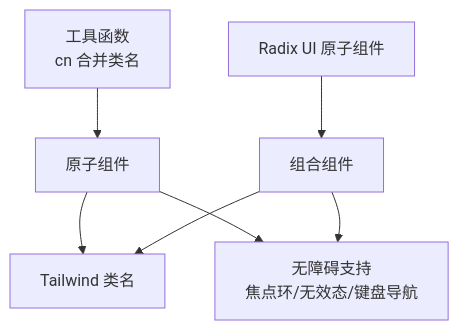
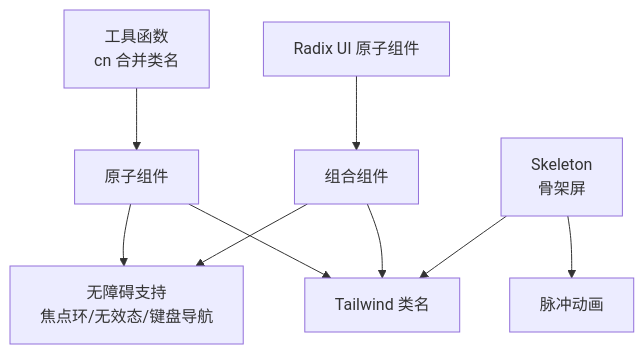
Before and after one commit to RadiumAg/image-saas: the second of 7 diagrams in .qoder/repowiki/zh/content/前端组件架构/UI 组件库/UI 组件库.md, drawn with Mermaid. The commit also changed other lines of this file and 60 other files, not shown here.

````diff
--- a/.qoder/repowiki/zh/content/前端组件架构/UI 组件库/UI 组件库.md
+++ b/.qoder/repowiki/zh/content/前端组件架构/UI 组件库/UI 组件库.md
@@ -277,9 +280,11 @@
 ```mermaid
 graph TB
 Utils["工具函数<br/>cn 合并类名"] --> Atoms["原子组件"]
 Radix["Radix UI 原子组件"] --> Composed["组合组件"]
 Atoms --> Styles["Tailwind 类名"]
 Composed --> Styles
 Atoms --> Accessibility["无障碍支持<br/>焦点环/无效态/键盘导航"]
 Composed --> Accessibility
+Skeleton["Skeleton<br/>骨架屏"] --> Styles
+Skeleton --> Pulse["脉冲动画"]
 ```
````
